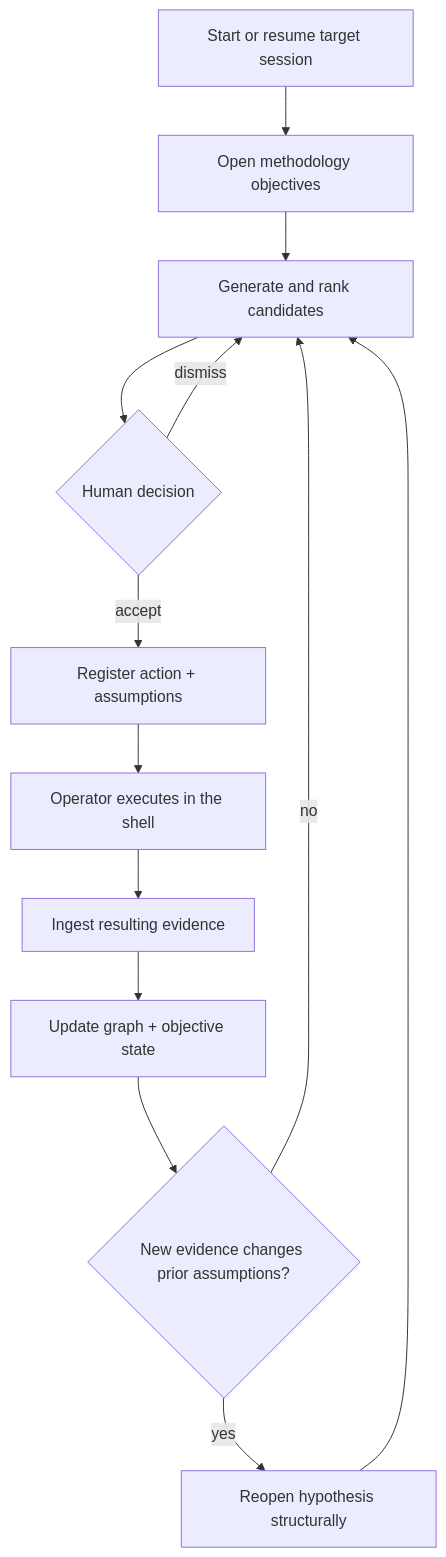
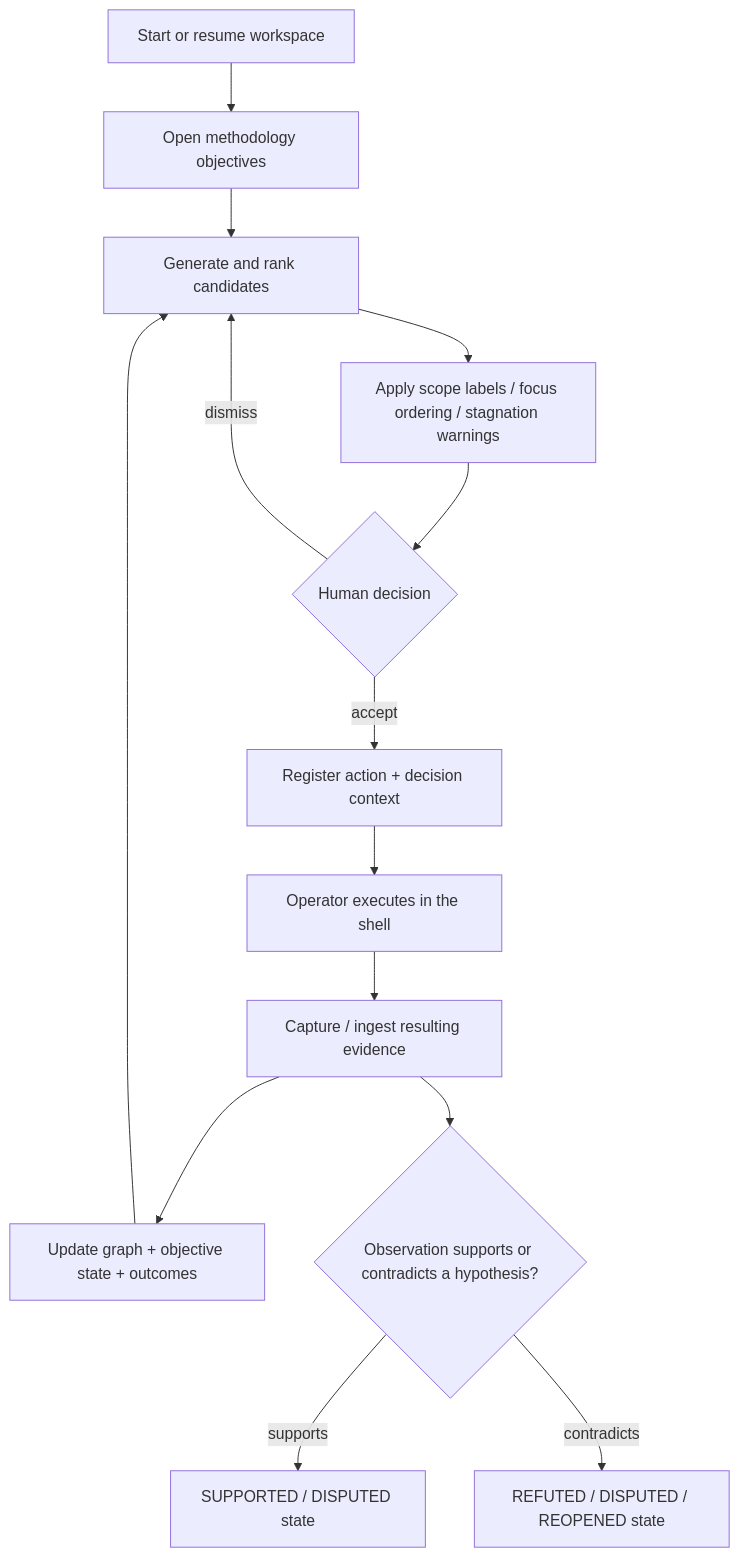
One commit to neavus-23/exitone changed the second of 4 diagrams in README.md. Above: the diagram before and after it, drawn with Mermaid. The commit also changed other lines of this file, not shown here.

Commit message:
docs: sync README with control console and architecture updates

````diff
--- a/README.md
+++ b/README.md
@@ -75,15 +100,17 @@
 ```mermaid
 flowchart TD
-    S[Start or resume target session] --> O[Open methodology objectives]
+    S[Start or resume workspace] --> O[Open methodology objectives]
     O --> C[Generate and rank candidates]
-    C --> H{Human decision}
+    C --> V[Apply scope labels / focus ordering / stagnation warnings]
+    V --> H{Human decision}
     H -->|dismiss| C
-    H -->|accept| A[Register action + assumptions]
+    H -->|accept| A[Register action + decision context]
     A --> X[Operator executes in the shell]
-    X --> I[Ingest resulting evidence]
-    I --> U[Update graph + objective state]
-    U --> R{New evidence changes prior assumptions?}
-    R -->|no| C
-    R -->|yes| T[Reopen hypothesis structurally]
-    T --> C
+    X --> I[Capture / ingest resulting evidence]
+    I --> U[Update graph + objective state + outcomes]
+    U --> C
+
+    I --> Q{Observation supports or contradicts a hypothesis?}
+    Q -->|supports| HS[SUPPORTED / DISPUTED state]
+    Q -->|contradicts| HC[REFUTED / DISPUTED / REOPENED state]
 ```
````
